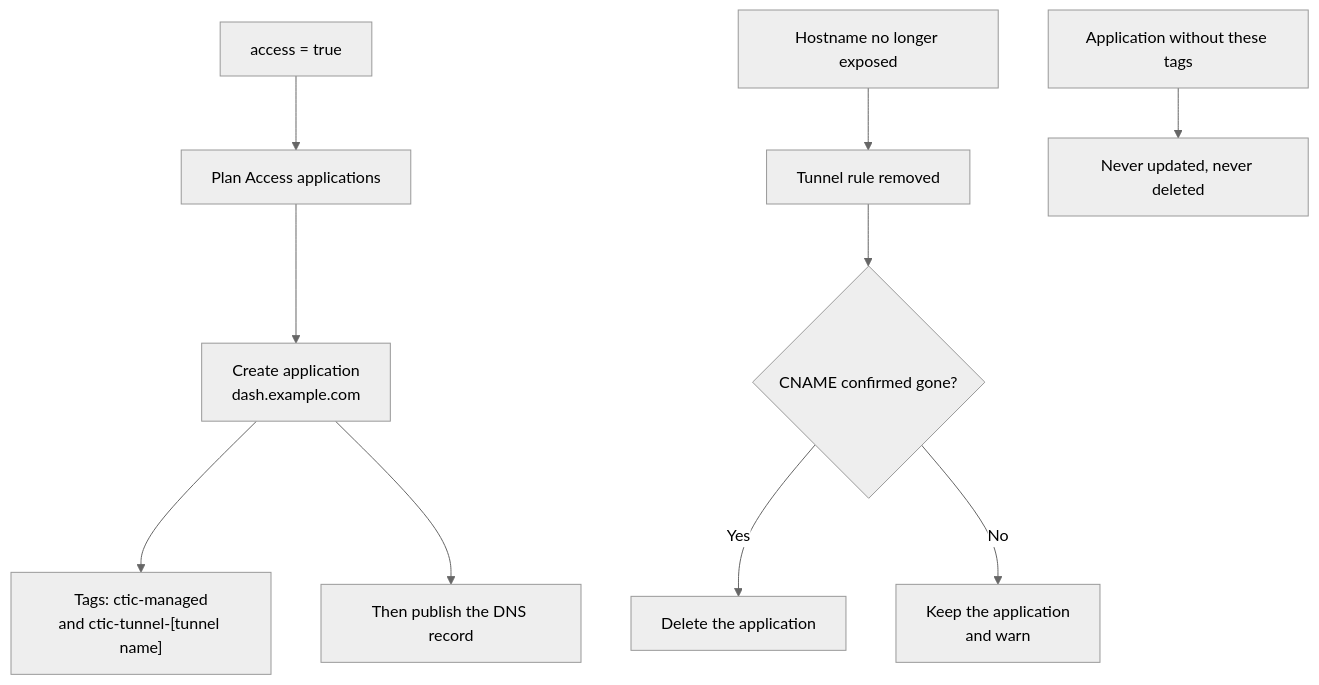
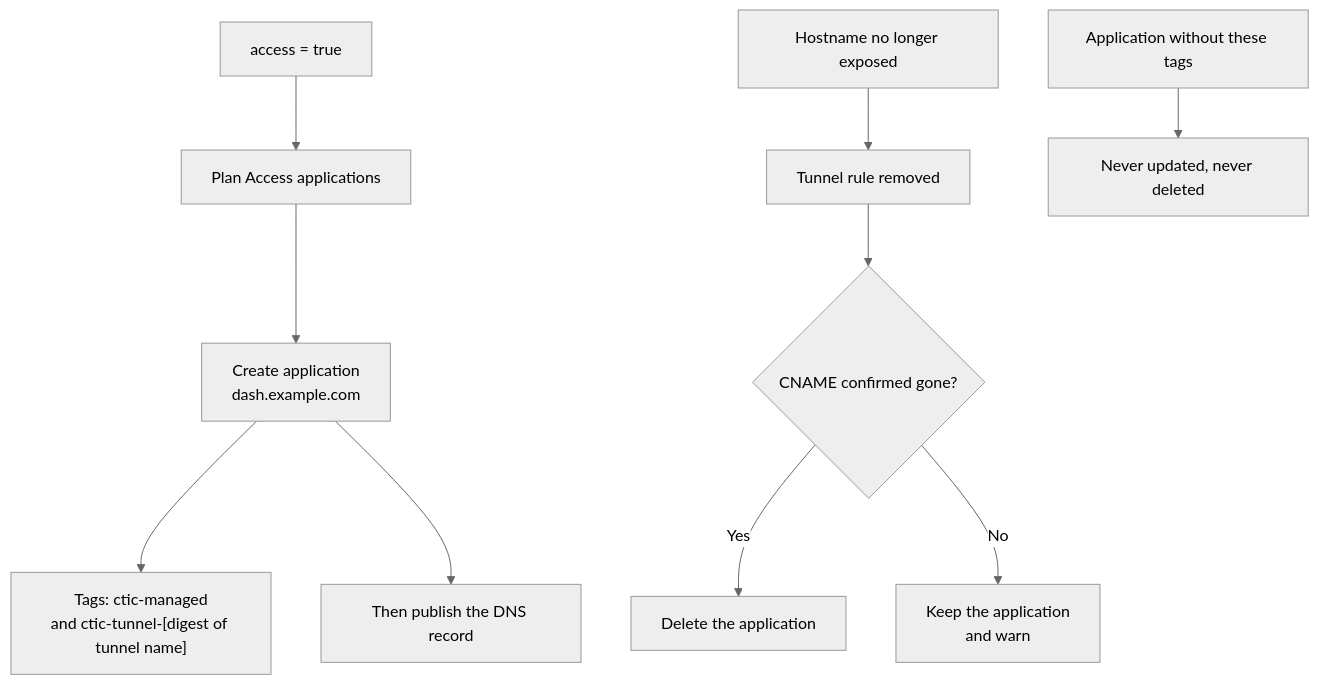
One commit to Fast-Growing-Trees-LLC/cloudflare-tunnel-ingress-controller changed the third of 3 diagrams in docs/src/content/docs/explanation/architecture.md. Above: the diagram before and after it, drawn with Mermaid (neutral theme). The commit also changed other lines of this file and 3 other files, not shown here.

````diff
--- a/docs/src/content/docs/explanation/architecture.md
+++ b/docs/src/content/docs/explanation/architecture.md
@@ -55,14 +55,14 @@
 ```mermaid
 flowchart TB
     Annotated["access = true"] --> Plan["Plan Access applications"]
     Plan --> Create["Create application<br/>dash.example.com"]
-    Create --> Tags["Tags: ctic-managed<br/>and ctic-tunnel-[tunnel name]"]
+    Create --> Tags["Tags: ctic-managed<br/>and ctic-tunnel-[digest of tunnel name]"]
     Create --> Publish["Then publish the DNS record"]
 
     Withdrawn["Hostname no longer exposed"] --> RuleGone["Tunnel rule removed"]
     RuleGone --> RecordGone{"CNAME confirmed gone?"}
     RecordGone -->|"Yes"| Delete["Delete the application"]
     RecordGone -->|"No"| Retain["Keep the application<br/>and warn"]
 
     Unowned["Application without these tags"] --> Untouched["Never updated, never deleted"]
 ```
````
